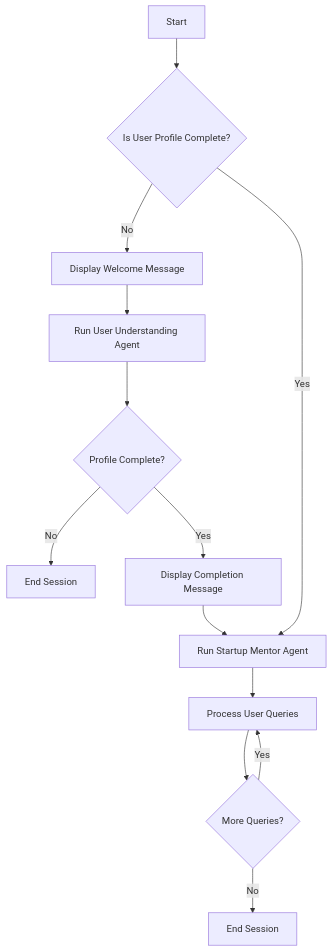
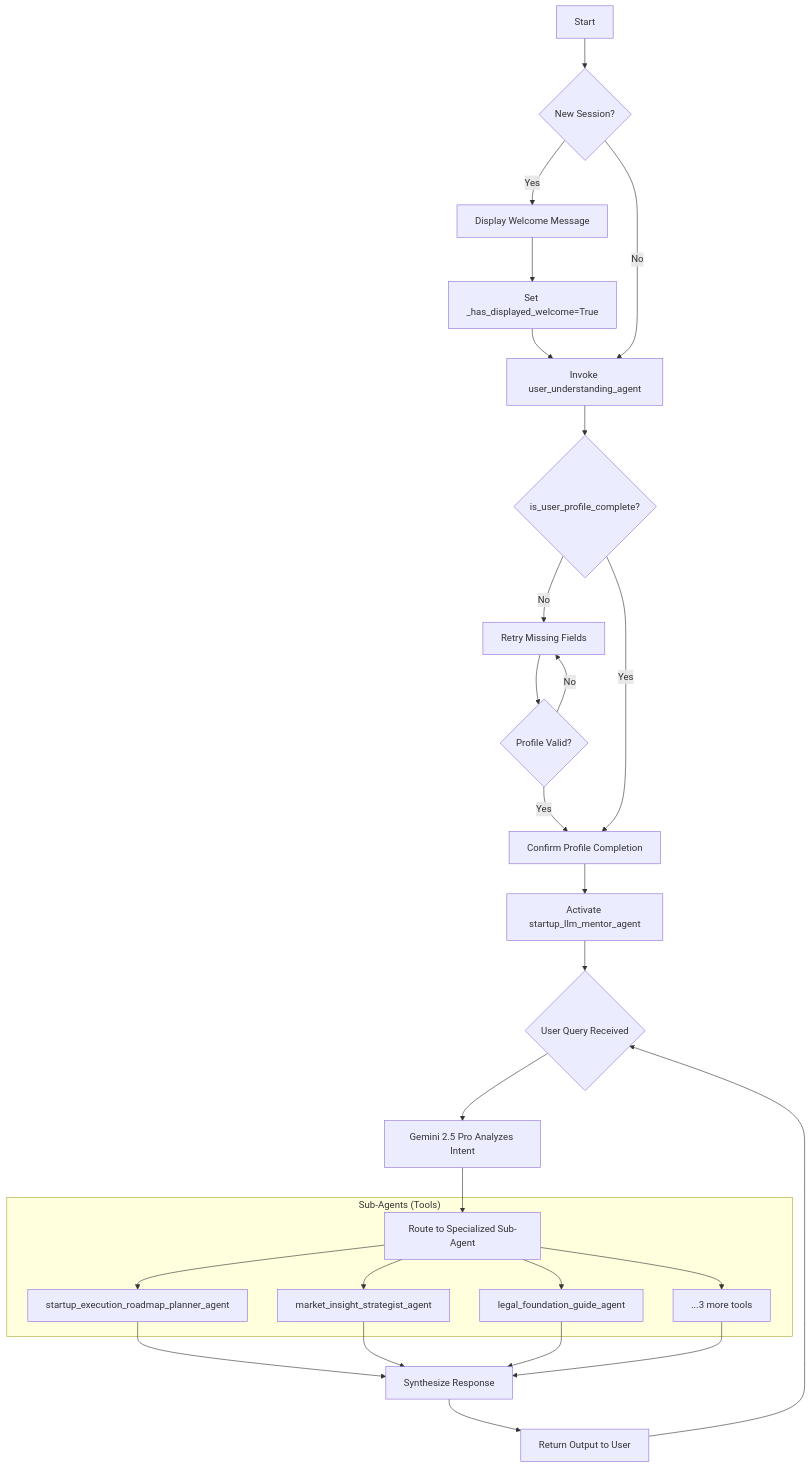
The diagram in README.md (sarthakskd20/google-adk-hackathon), drawn with Mermaid before and after one commit. The commit also changed other lines of this file, not shown here.

````diff
--- a/README.md
+++ b/README.md
@@ -60,15 +59,32 @@
 ```mermaid
 flowchart TD
-    A[Start] --> B{Is User Profile Complete?}
-    B -->|No| C[Display Welcome Message]
-    C --> D[Run User Understanding Agent]
-    D --> E{Profile Complete?}
-    E -->|No| F[End Session]
-    E -->|Yes| G[Display Completion Message]
-    B -->|Yes| H[Run Startup Mentor Agent]
-    G --> H
-    H --> I[Process User Queries]
-    I --> J{More Queries?}
-    J -->|Yes| I
-    J -->|No| K[End Session]
+    A[Start] --> B{New Session?}
+    B -->|Yes| C[Display Welcome Message]
+    C --> D[Set _has_displayed_welcome=True]
+    D --> E[Invoke user_understanding_agent]
+    B -->|No| E
+    
+    E --> F{is_user_profile_complete?}
+    F -->|No| G[Collect Missing Fields]
+    G --> H{Profile Valid?}
+    H -->|No| G[Retry Missing Fields]
+    H -->|Yes| K[Confirm Profile Completion]
+    
+    F -->|Yes| K
+    K --> L[Activate startup_llm_mentor_agent]
+    
+    L --> M{User Query Received}
+    M --> N[Gemini 2.5 Pro Analyzes Intent]
+    N --> O[Route to Specialized Sub-Agent]
+    
+    subgraph "Sub-Agents (Tools)"
+        O --> P[startup_execution_roadmap_planner_agent]
+        O --> Q[market_insight_strategist_agent]
+        O --> R[legal_foundation_guide_agent]
+        O --> S[...3 more tools]
+    end
+    
+    P & Q & R & S --> T[Synthesize Response]
+    T --> U[Return Output to User]
+    U --> M
 ```
````
